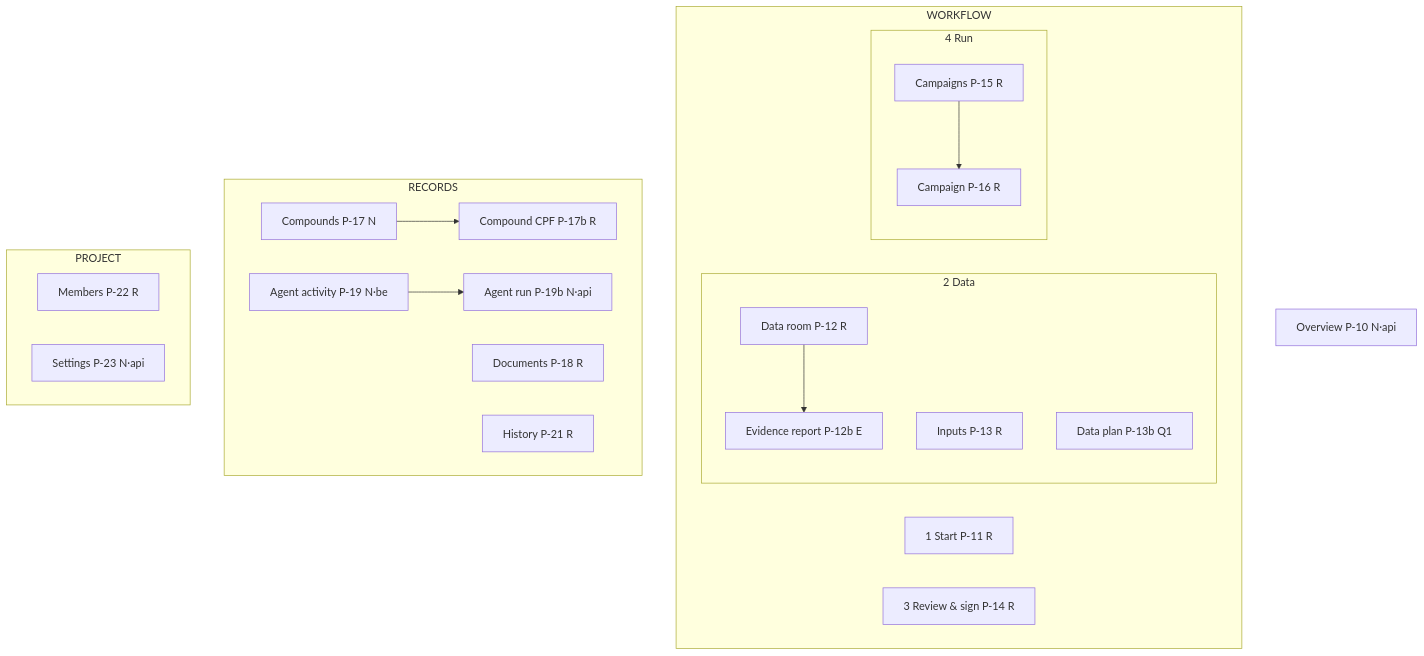
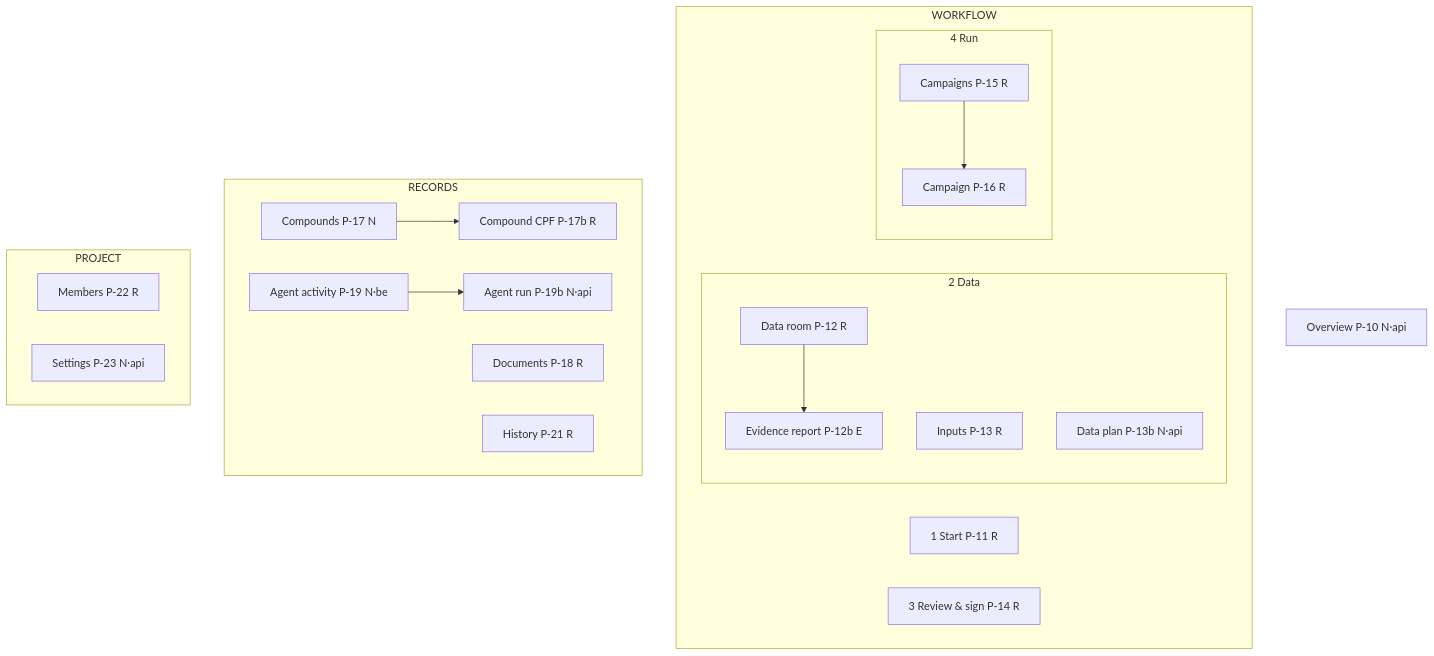
The second of 2 diagrams in design-review/PRODUCT_SITEMAP.md (ayush-1610/Modeler_One_AI), drawn with Mermaid before and after one commit. The commit also changed other lines of this file and 14 other files, not shown here.

````diff
--- a/design-review/PRODUCT_SITEMAP.md
+++ b/design-review/PRODUCT_SITEMAP.md
@@ -72,26 +71,26 @@
 ```mermaid
 graph TD
   O[Overview P-10 N·api]
   subgraph WORKFLOW
     S[1 Start P-11 R]
     subgraph D[2 Data]
       DR[Data room P-12 R] --> REP[Evidence report P-12b E]
       IN[Inputs P-13 R]
-      DP[Data plan P-13b Q1]
+      DP[Data plan P-13b N·api]
     end
     RS[3 Review & sign P-14 R]
     subgraph RUN[4 Run]
       CL[Campaigns P-15 R] --> CD[Campaign P-16 R]
     end
   end
   subgraph RECORDS
     CP[Compounds P-17 N] --> CPF[Compound CPF P-17b R]
     DOC[Documents P-18 R]
     AG[Agent activity P-19 N·be] --> AGD[Agent run P-19b N·api]
     HI[History P-21 R]
   end
   subgraph PROJECT
     ME[Members P-22 R]
     SE[Settings P-23 N·api]
   end
 ```
````
